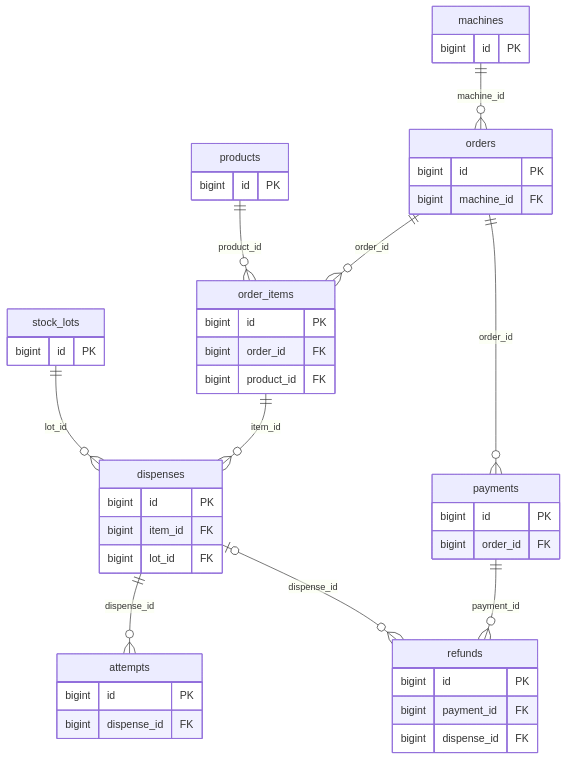
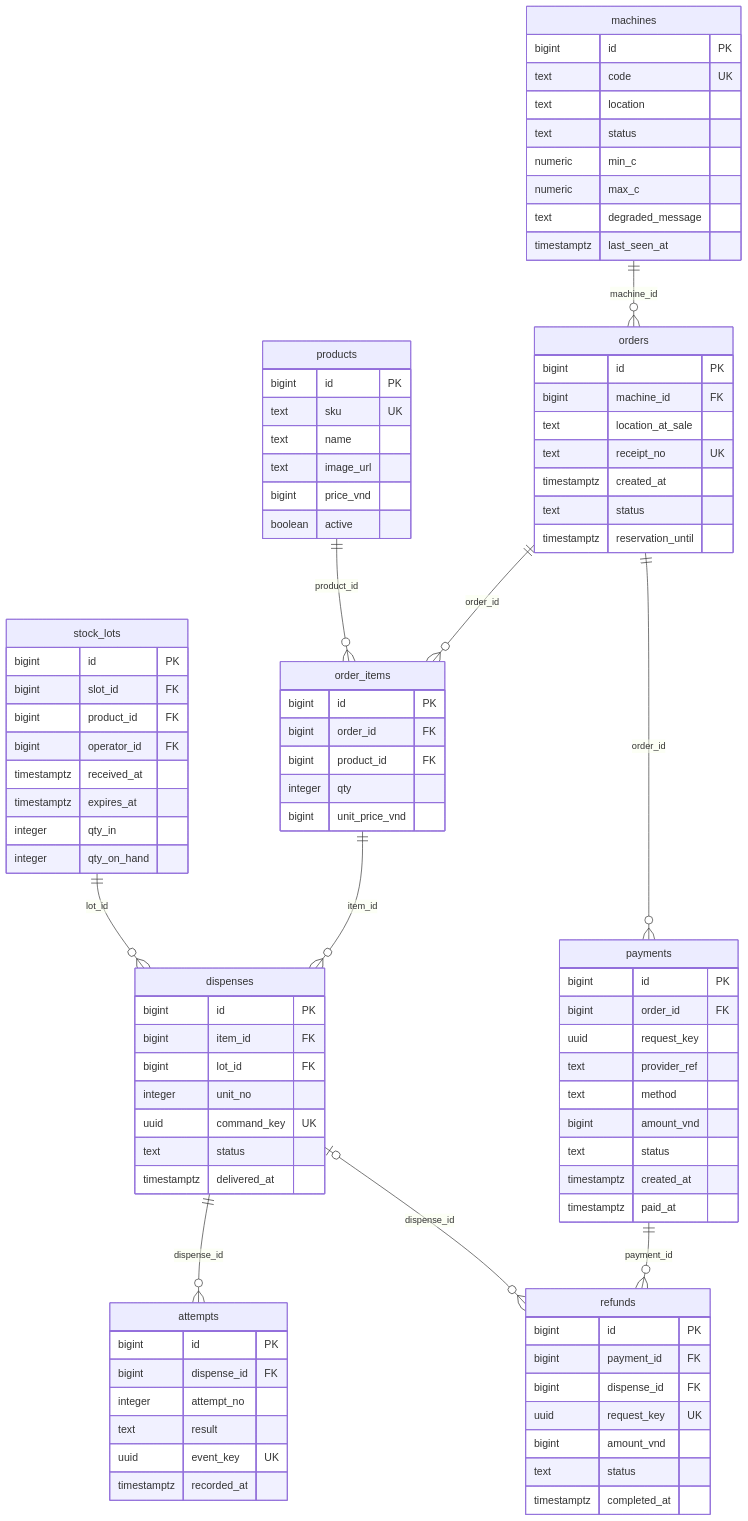
Before and after one commit to huyendt9315-beep/Lap-trinh-java: the second of 3 diagrams in 04_Database-Design.md, drawn with Mermaid. The commit also changed other lines of this file, not shown here.

```diff
--- a/04_Database-Design.md
+++ b/04_Database-Design.md
@@ -248,39 +272,84 @@
 erDiagram
     machines {
         bigint id PK
+        text code UK
+        text location
+        text status
+        numeric min_c
+        numeric max_c
+        text degraded_message
+        timestamptz last_seen_at
     }
     products {
         bigint id PK
+        text sku UK
+        text name
+        text image_url
+        bigint price_vnd
+        boolean active
     }
     stock_lots {
         bigint id PK
+        bigint slot_id FK
+        bigint product_id FK
+        bigint operator_id FK
+        timestamptz received_at
+        timestamptz expires_at
+        integer qty_in
+        integer qty_on_hand
     }
     orders {
         bigint id PK
         bigint machine_id FK
+        text location_at_sale
+        text receipt_no UK
+        timestamptz created_at
+        text status
+        timestamptz reservation_until
     }
     order_items {
         bigint id PK
         bigint order_id FK
         bigint product_id FK
+        integer qty
+        bigint unit_price_vnd
     }
     payments {
         bigint id PK
         bigint order_id FK
+        uuid request_key
+        text provider_ref
+        text method
+        bigint amount_vnd
+        text status
+        timestamptz created_at
+        timestamptz paid_at
     }
     dispenses {
         bigint id PK
         bigint item_id FK
         bigint lot_id FK
+        integer unit_no
+        uuid command_key UK
+        text status
+        timestamptz delivered_at
     }
     attempts {
         bigint id PK
         bigint dispense_id FK
+        integer attempt_no
+        text result
+        uuid event_key UK
+        timestamptz recorded_at
     }
     refunds {
         bigint id PK
         bigint payment_id FK
         bigint dispense_id FK
+        uuid request_key UK
+        bigint amount_vnd
+        text status
+        timestamptz completed_at
     }
 
     machines ||--o{ orders : machine_id
```
